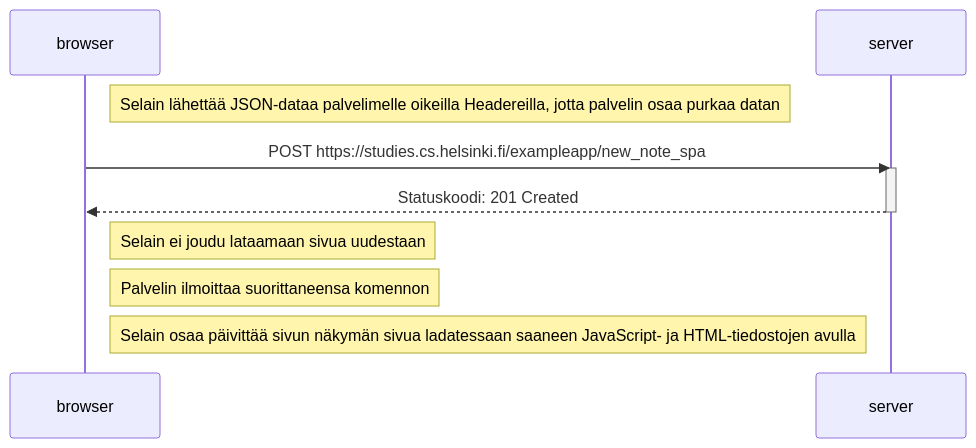
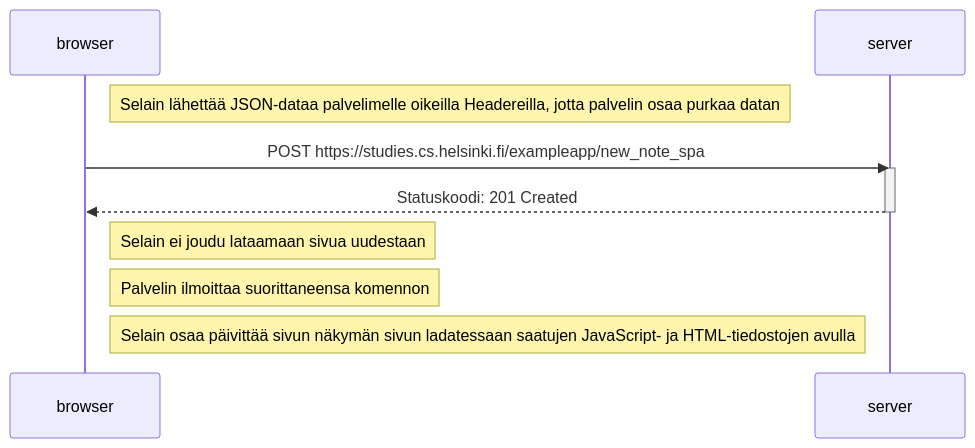
The diagram in osa0/t6.md (moronenfrans/palautusrepositorio), drawn with Mermaid before and after one commit.

Commit message:
t.6 muokattu

````diff
--- a/osa0/t6.md
+++ b/osa0/t6.md
@@ -1,17 +1,17 @@
 ```mermaid
 
 sequenceDiagram
     participant browser
     participant server
 
     Note right of browser: Selain lähettää JSON-dataa palvelimelle oikeilla Headereilla, jotta palvelin osaa purkaa datan
     
     browser->>server: POST https://studies.cs.helsinki.fi/exampleapp/new_note_spa
     activate server
     server-->>browser: Statuskoodi: 201 Created
     deactivate server
 
     Note right of browser: Selain ei joudu lataamaan sivua uudestaan
     Note right of browser: Palvelin ilmoittaa suorittaneensa komennon 
-    Note right of browser: Selain osaa päivittää sivun näkymän sivua ladatessaan saaneen JavaScript- ja HTML-tiedostojen avulla
+    Note right of browser: Selain osaa päivittää sivun näkymän sivun ladatessaan saatujen JavaScript- ja HTML-tiedostojen avulla
 ```
````
